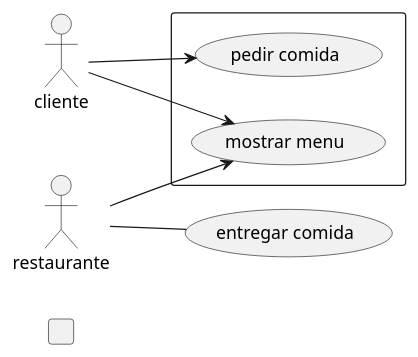
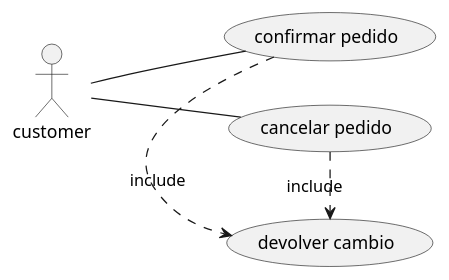
One commit to jorgealll/plantt1 changed the diagram in src/archivoplant.puml. Above: the diagram before and after it, drawn with PlantUML. The commit also changed other lines of this file, not shown here.

Commit message:
commit inclusion

```diff
--- a/src/archivoplant.puml
+++ b/src/archivoplant.puml
@@ -1,22 +1,14 @@
 @startuml
 'https://plantuml.com/sequence-diagram
 
+left to right direction
+skinparam packageStyle rectangle
+actor customer
 
-left to right direction
-actor "cliente" as fc
-rectangle  {
-  usecase "mostrar menu" as UC1
-  usecase "pedir comida" as UC2
-}
-fc --> UC1
-fc --> UC2
 
-left to right direction
-actor "restaurante" as rs
-rectangle  {
-  usecase "mostrar menu" as UC1
-}
-rs -- (entregar comida)
-rs --> UC1
+  customer -- (confirmar pedido)
+  customer -- (cancelar pedido)
+(confirmar pedido) .> (devolver cambio) : include
+(cancelar pedido) .> (devolver cambio) : include
 
 @enduml
```
